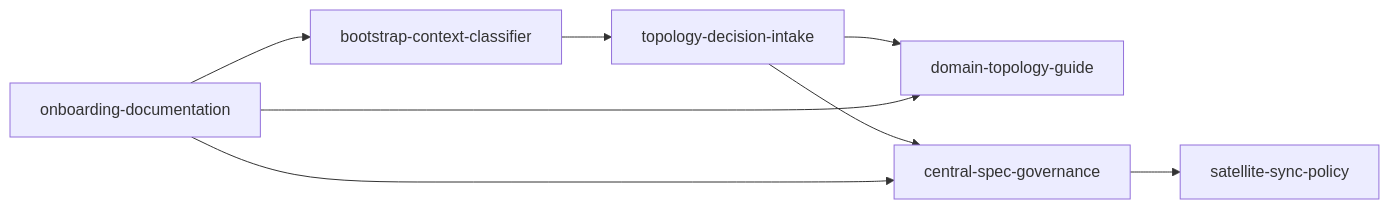
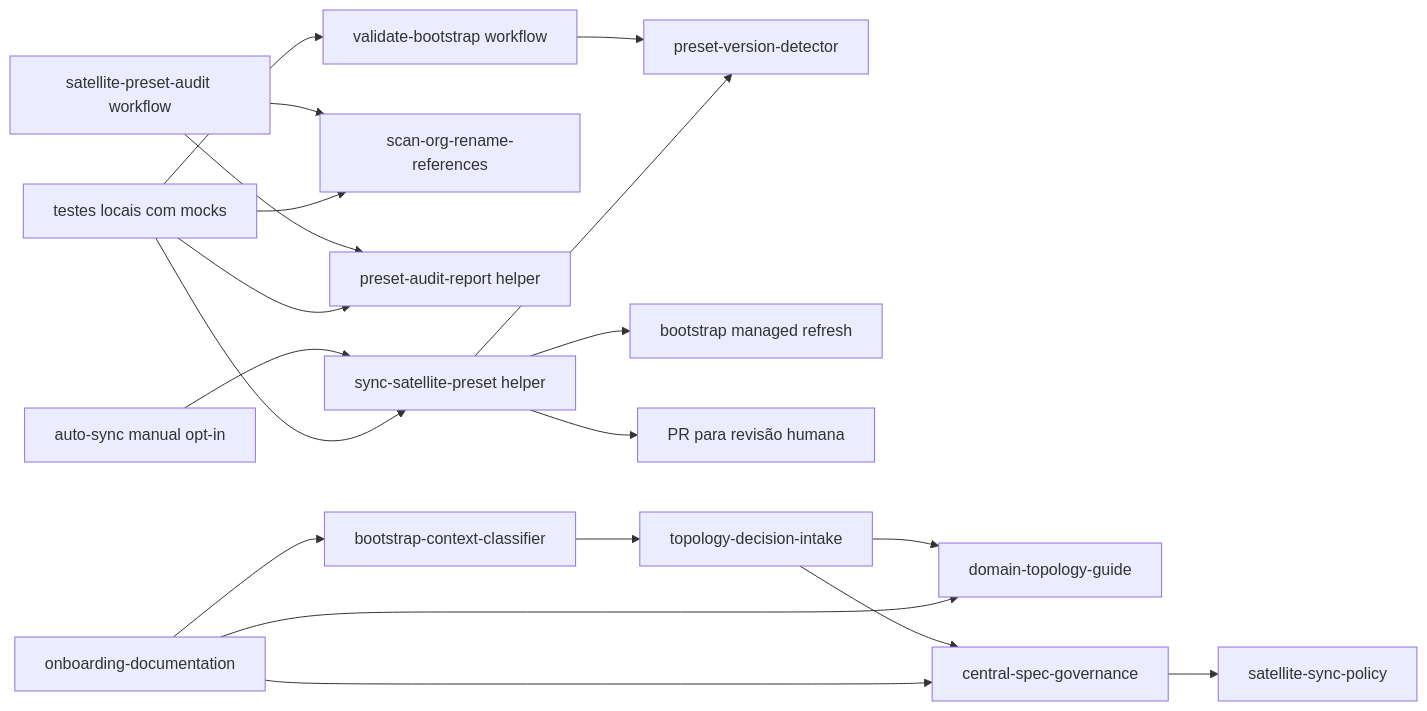
One commit to lrodriguesvpn/nimbus-code changed the first of 2 diagrams in specs/020-satellite-repo-governance/graph.md. Above: the diagram before and after it, drawn with Mermaid. The commit also changed other lines of this file and 74 other files, not shown here.

````diff
--- a/specs/020-satellite-repo-governance/graph.md
+++ b/specs/020-satellite-repo-governance/graph.md
@@ -5,10 +5,21 @@
 ```mermaid
 graph LR
+  VB[validate-bootstrap workflow] --> VD[preset-version-detector]
+  AU[satellite-preset-audit workflow] --> SC[scan-org-rename-references]
+  AU --> CSV[preset-audit-report helper]
+  SY[auto-sync manual opt-in] --> SH[sync-satellite-preset helper]
+  SH --> RF[bootstrap managed refresh]
+  SH --> VD
+  SH --> PR[PR para revisão humana]
+  TT[testes locais com mocks] --> VB
+  TT --> SC
+  TT --> CSV
+  TT --> SH
   BCC[bootstrap-context-classifier] --> TDI[topology-decision-intake]
   TDI --> DTG[domain-topology-guide]
   TDI --> CSG[central-spec-governance]
   CSG --> SSP[satellite-sync-policy]
   OBD[onboarding-documentation] --> BCC
   OBD --> DTG
   OBD --> CSG
 ```
````
